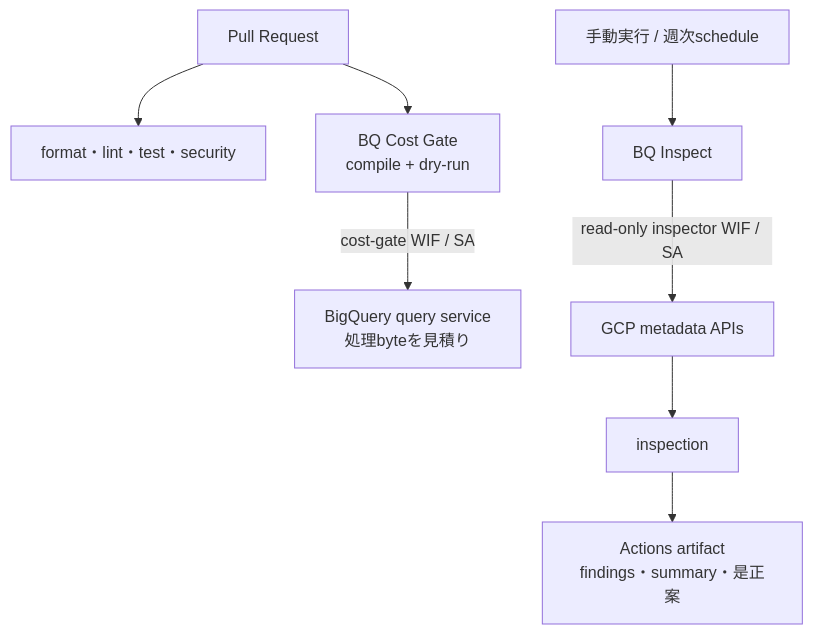
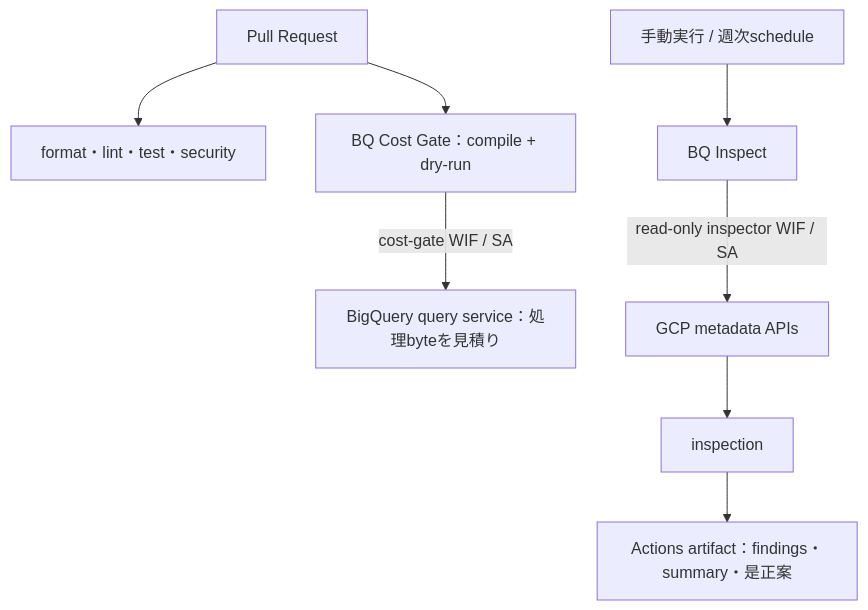
The fifth of 5 diagrams in docs/requirements/README.md (Yukihide-Mitsuoka/secure-ga4-bq-template), drawn with Mermaid before and after one commit. The commit also changed other lines of this file, not shown here.

Commit message:
docs: improve architecture diagram labels

````diff
--- a/docs/requirements/README.md
+++ b/docs/requirements/README.md
@@ -105,11 +105,11 @@
 ```mermaid
 flowchart TB
   PR["Pull Request"] --> CI["format・lint・test・security"]
-  PR --> COST["BQ Cost Gate<br/>compile + dry-run"]
-  COST -->|"cost-gate WIF / SA"| BQ["BigQuery query service<br/>処理byteを見積り"]
+  PR --> COST["BQ Cost Gate：compile + dry-run"]
+  COST -->|"cost-gate WIF / SA"| BQ["BigQuery query service：処理byteを見積り"]
 
   TRIGGER["手動実行 / 週次schedule"] --> WORKFLOW["BQ Inspect"]
   WORKFLOW -->|"read-only inspector WIF / SA"| META["GCP metadata APIs"]
   META --> INSPECT["inspection"]
-  INSPECT --> ARTIFACT["Actions artifact<br/>findings・summary・是正案"]
+  INSPECT --> ARTIFACT["Actions artifact：findings・summary・是正案"]
 ```
````
